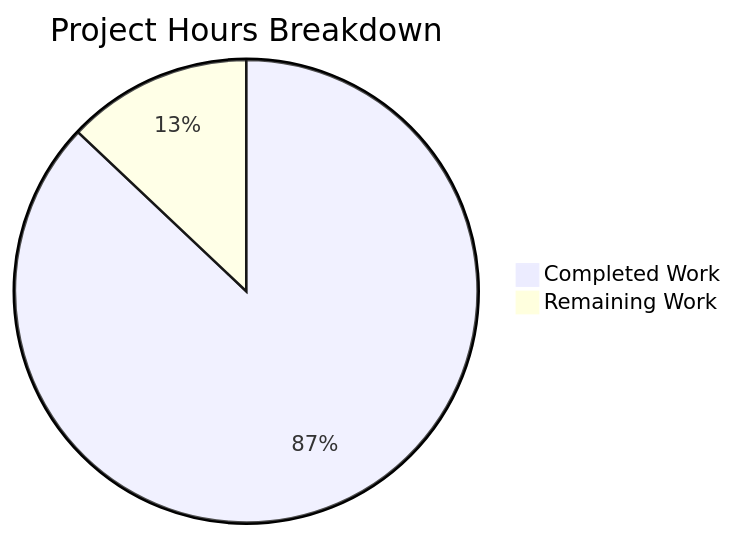
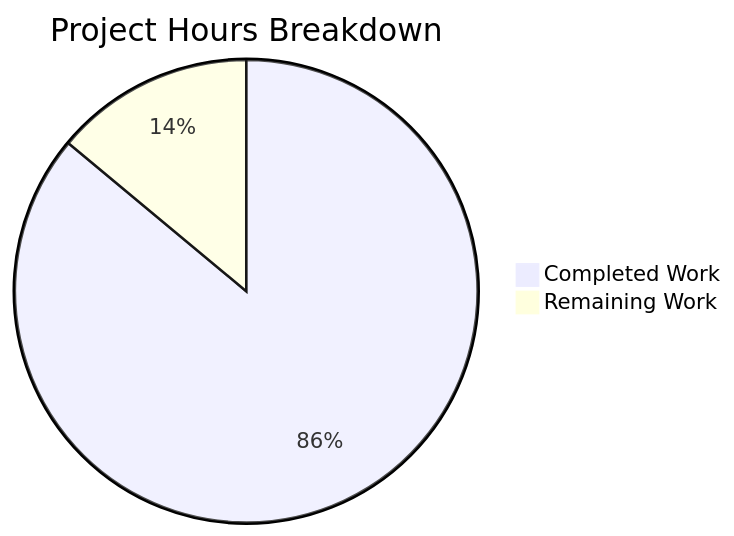
One commit to Blitzy-Sandbox/blitzy-wordpress changed the second of 3 diagrams in blitzy/documentation/Project Guide.md. Above: the diagram before and after it, drawn with Mermaid. The commit also changed other lines of this file, not shown here.

Commit message:
Adding Blitzy Project Guide: Project Status and Human Tasks Remaining

````diff
--- a/blitzy/documentation/Project Guide.md
+++ b/blitzy/documentation/Project Guide.md
@@ -224,5 +240,5 @@
 ```mermaid
 pie title Project Hours Breakdown
-    "Completed Work" : 296
-    "Remaining Work" : 44
+    "Completed Work" : 370
+    "Remaining Work" : 60
 ```
````
